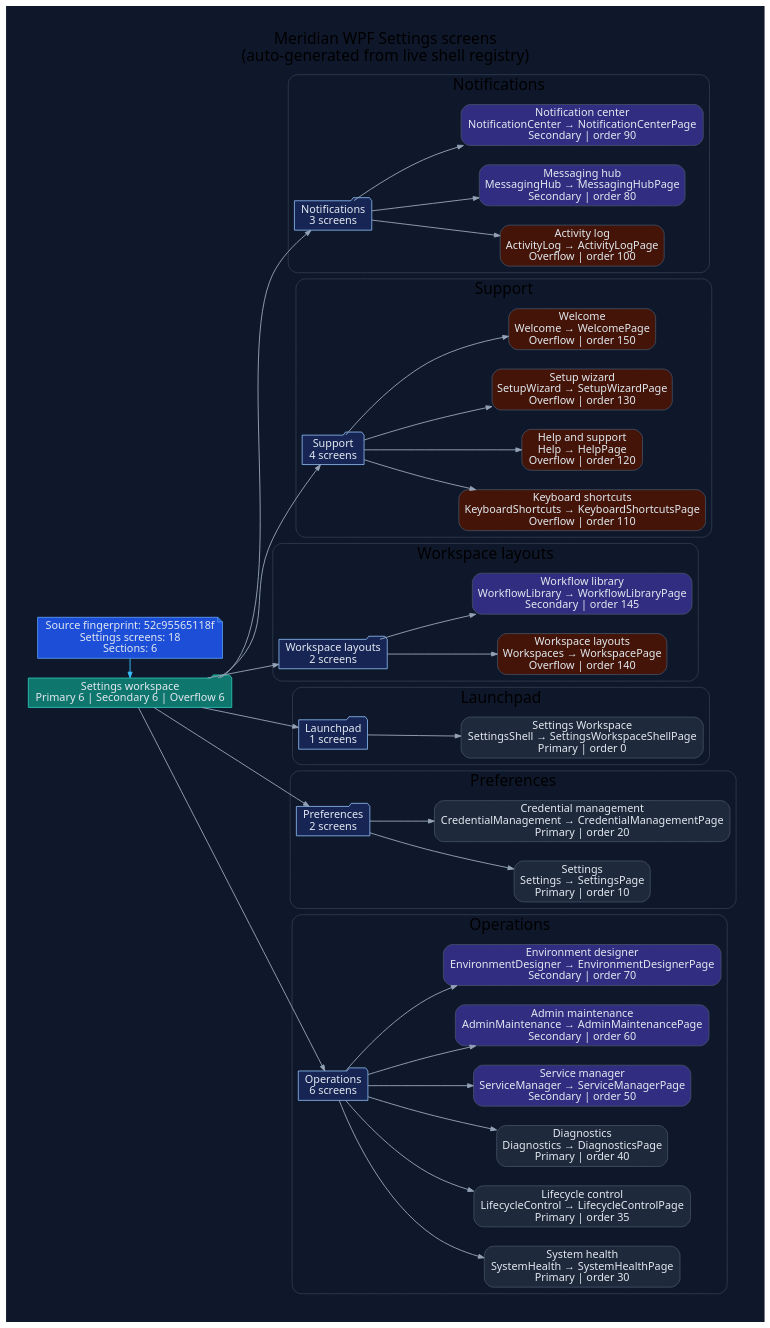
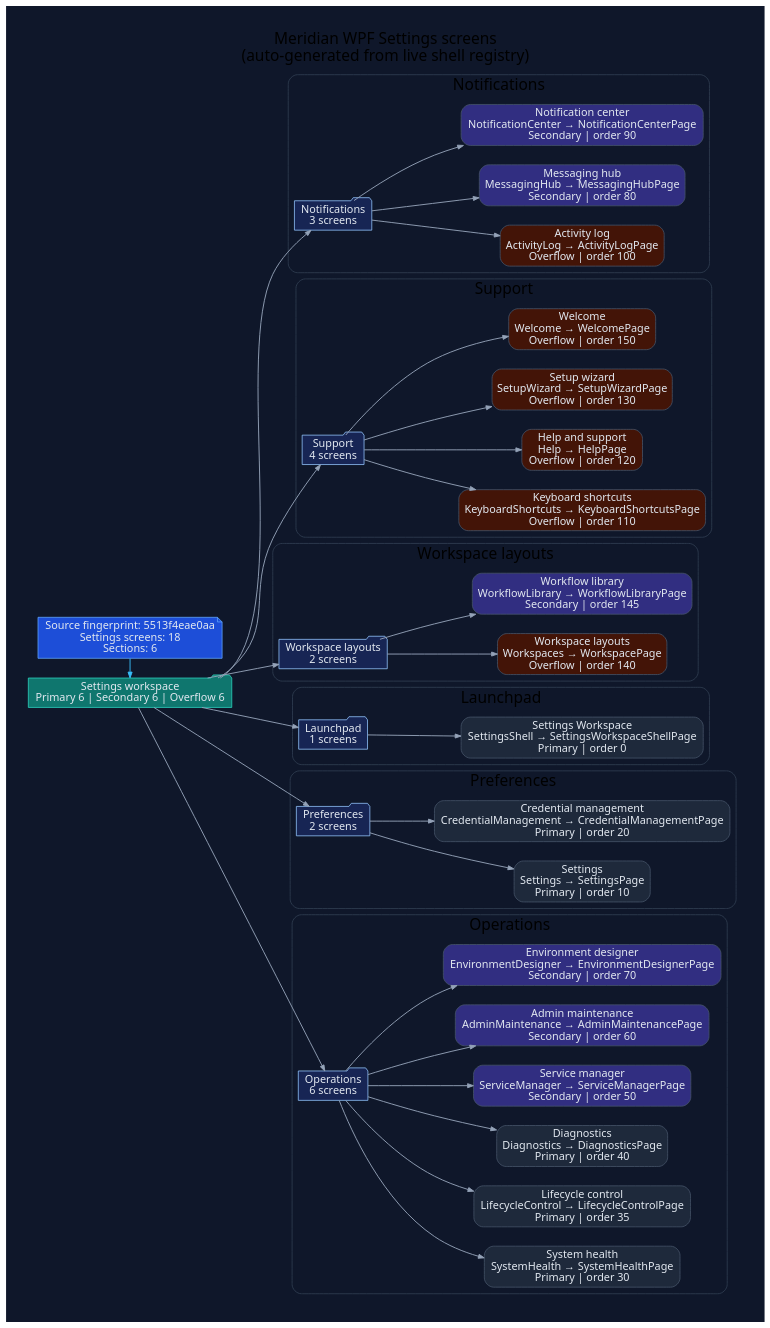
Before and after one commit to rodoHasArrived/Meridian-main: the diagram in docs/diagrams/ui-wpf-screens-settings.dot, drawn with Graphviz. The commit also changed 380 other files, not shown here.

```diff
--- a/docs/diagrams/ui-wpf-screens-settings.dot
+++ b/docs/diagrams/ui-wpf-screens-settings.dot
@@ -1,110 +1,110 @@
 // -----------------------------------------------------------------------------
 // <auto-generated>
 // Generated by scripts/generate-diagrams.mjs.
 // Do not edit this file directly; update the WPF source files instead.
 // -----------------------------------------------------------------------------
 digraph WpfSettingsScreens {
   graph [
     rankdir=LR,
     labelloc=t,
     label="Meridian WPF Settings screens\n(auto-generated from live shell registry)",
     fontname="Segoe UI",
     fontsize=20,
     pad=0.4,
     nodesep=0.35,
     ranksep=0.85,
     bgcolor="#0f172a"
   ];
   node [fontname="Segoe UI", shape=box, style="rounded,filled", color="#475569", fontcolor="#e2e8f0", fillcolor="#1e293b"];
   edge [fontname="Segoe UI", color="#94a3b8", penwidth=1.2, arrowsize=0.75];
 
-  generated [shape=note, fillcolor="#1d4ed8", color="#60a5fa", label="Source fingerprint: 52c95565118f\nSettings screens: 18\nSections: 6"];
+  generated [shape=note, fillcolor="#1d4ed8", color="#60a5fa", label="Source fingerprint: 5513f4eae0aa\nSettings screens: 18\nSections: 6"];
   workspace [shape=folder, fillcolor="#0f766e", color="#2dd4bf", label="Settings workspace\nPrimary 6 | Secondary 6 | Overflow 6"];
   generated -> workspace [color="#38bdf8"];
 
   subgraph cluster_section_1 {
     label="Notifications";
     color="#334155";
     style="rounded";
     section_1 [shape=folder, fillcolor="#172554", color="#93c5fd", label="Notifications\n3 screens"];
     workspace -> section_1;
     screen_ActivityLog [fillcolor="#431407", label="Activity log\nActivityLog → ActivityLogPage\nOverflow | order 100"];
     section_1 -> screen_ActivityLog;
     screen_MessagingHub [fillcolor="#312e81", label="Messaging hub\nMessagingHub → MessagingHubPage\nSecondary | order 80"];
     section_1 -> screen_MessagingHub;
     screen_NotificationCenter [fillcolor="#312e81", label="Notification center\nNotificationCenter → NotificationCenterPage\nSecondary | order 90"];
     section_1 -> screen_NotificationCenter;
   }
 
   subgraph cluster_section_2 {
     label="Support";
     color="#334155";
     style="rounded";
     section_2 [shape=folder, fillcolor="#172554", color="#93c5fd", label="Support\n4 screens"];
     workspace -> section_2;
     screen_KeyboardShortcuts [fillcolor="#431407", label="Keyboard shortcuts\nKeyboardShortcuts → KeyboardShortcutsPage\nOverflow | order 110"];
     section_2 -> screen_KeyboardShortcuts;
     screen_Help [fillcolor="#431407", label="Help and support\nHelp → HelpPage\nOverflow | order 120"];
     section_2 -> screen_Help;
     screen_SetupWizard [fillcolor="#431407", label="Setup wizard\nSetupWizard → SetupWizardPage\nOverflow | order 130"];
     section_2 -> screen_SetupWizard;
     screen_Welcome [fillcolor="#431407", label="Welcome\nWelcome → WelcomePage\nOverflow | order 150"];
     section_2 -> screen_Welcome;
   }
 
   subgraph cluster_section_3 {
     label="Workspace layouts";
     color="#334155";
     style="rounded";
     section_3 [shape=folder, fillcolor="#172554", color="#93c5fd", label="Workspace layouts\n2 screens"];
     workspace -> section_3;
     screen_Workspaces [fillcolor="#431407", label="Workspace layouts\nWorkspaces → WorkspacePage\nOverflow | order 140"];
     section_3 -> screen_Workspaces;
     screen_WorkflowLibrary [fillcolor="#312e81", label="Workflow library\nWorkflowLibrary → WorkflowLibraryPage\nSecondary | order 145"];
     section_3 -> screen_WorkflowLibrary;
   }
 
   subgraph cluster_section_4 {
     label="Launchpad";
     color="#334155";
     style="rounded";
     section_4 [shape=folder, fillcolor="#172554", color="#93c5fd", label="Launchpad\n1 screens"];
     workspace -> section_4;
     screen_SettingsShell [fillcolor="#1e293b", label="Settings Workspace\nSettingsShell → SettingsWorkspaceShellPage\nPrimary | order 0"];
     section_4 -> screen_SettingsShell;
   }
 
   subgraph cluster_section_5 {
     label="Preferences";
     color="#334155";
     style="rounded";
     section_5 [shape=folder, fillcolor="#172554", color="#93c5fd", label="Preferences\n2 screens"];
     workspace -> section_5;
     screen_Settings [fillcolor="#1e293b", label="Settings\nSettings → SettingsPage\nPrimary | order 10"];
     section_5 -> screen_Settings;
     screen_CredentialManagement [fillcolor="#1e293b", label="Credential management\nCredentialManagement → CredentialManagementPage\nPrimary | order 20"];
     section_5 -> screen_CredentialManagement;
   }
 
   subgraph cluster_section_6 {
     label="Operations";
     color="#334155";
     style="rounded";
     section_6 [shape=folder, fillcolor="#172554", color="#93c5fd", label="Operations\n6 screens"];
     workspace -> section_6;
     screen_SystemHealth [fillcolor="#1e293b", label="System health\nSystemHealth → SystemHealthPage\nPrimary | order 30"];
     section_6 -> screen_SystemHealth;
     screen_LifecycleControl [fillcolor="#1e293b", label="Lifecycle control\nLifecycleControl → LifecycleControlPage\nPrimary | order 35"];
     section_6 -> screen_LifecycleControl;
     screen_Diagnostics [fillcolor="#1e293b", label="Diagnostics\nDiagnostics → DiagnosticsPage\nPrimary | order 40"];
     section_6 -> screen_Diagnostics;
     screen_ServiceManager [fillcolor="#312e81", label="Service manager\nServiceManager → ServiceManagerPage\nSecondary | order 50"];
     section_6 -> screen_ServiceManager;
     screen_AdminMaintenance [fillcolor="#312e81", label="Admin maintenance\nAdminMaintenance → AdminMaintenancePage\nSecondary | order 60"];
     section_6 -> screen_AdminMaintenance;
     screen_EnvironmentDesigner [fillcolor="#312e81", label="Environment designer\nEnvironmentDesigner → EnvironmentDesignerPage\nSecondary | order 70"];
     section_6 -> screen_EnvironmentDesigner;
   }
 
   { rank=min; generated; workspace; }
 }
```
